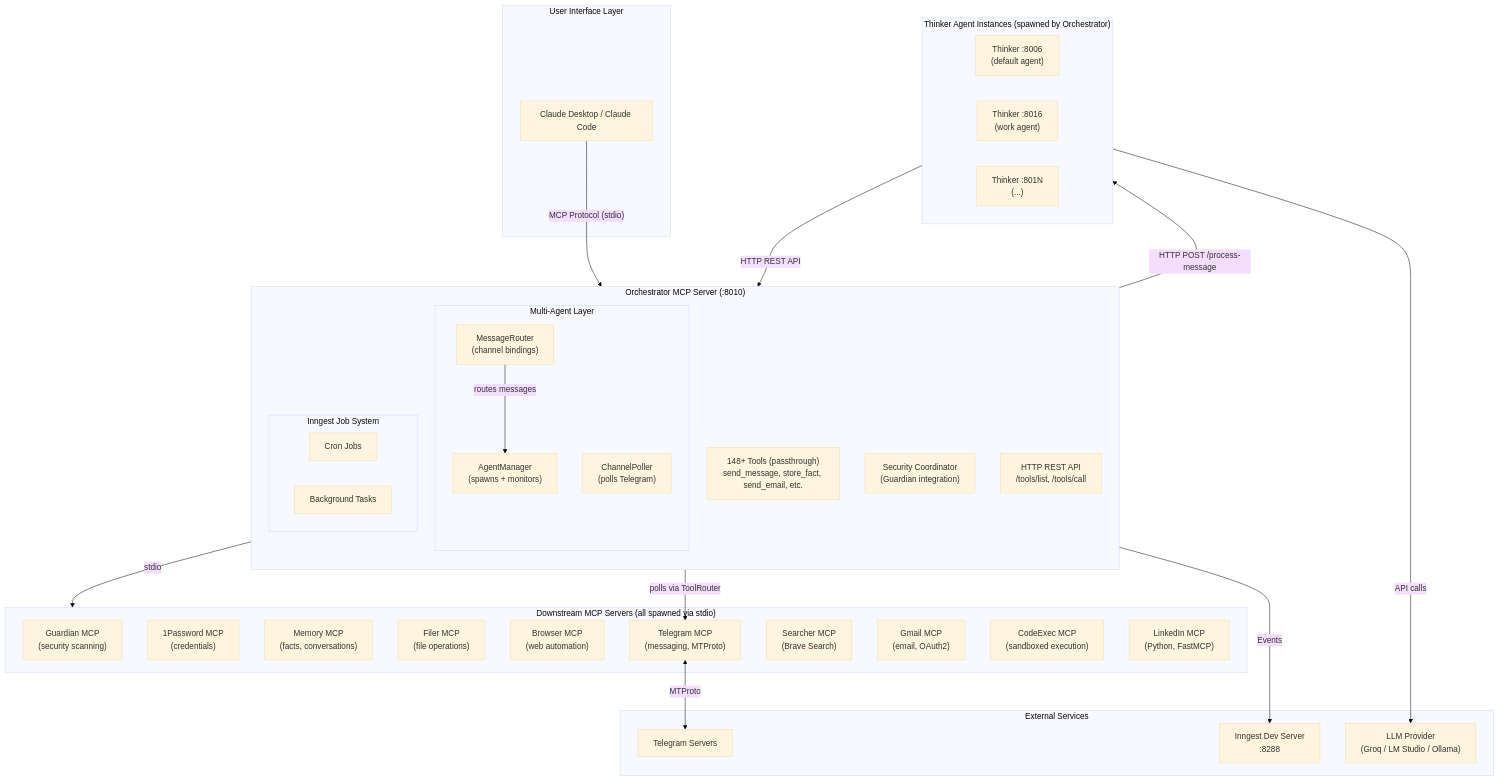
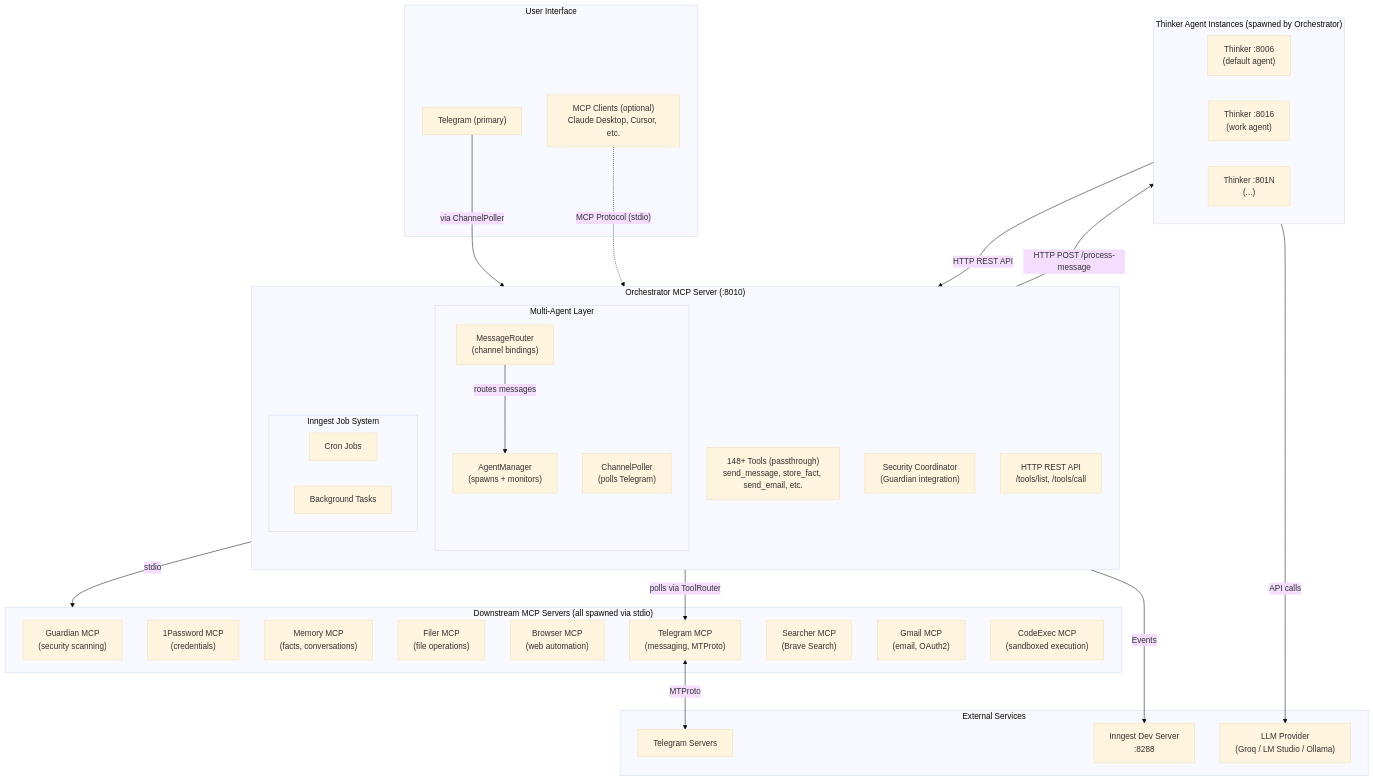
The first of 3 diagrams in README.md (cwikio/Hexa-Puffs), drawn with Mermaid (base theme) before and after one commit. The commit also changed other lines of this file and 14 other files, not shown here.

````diff
--- a/README.md
+++ b/README.md
@@ -53,58 +54,59 @@
 ```mermaid
 flowchart TB
-    subgraph UI["User Interface Layer"]
-        Claude["Claude Desktop / Claude Code"]
+    subgraph UI["User Interface"]
+        Telegram_UI["Telegram (primary)"]
+        MCPClients["MCP Clients (optional)<br/>Claude Desktop, Cursor, etc."]
     end
 
     subgraph Orchestrator["Orchestrator MCP Server (:8010)"]
         direction TB
         Tools["148+ Tools (passthrough)<br/>send_message, store_fact, send_email, etc."]
         Security["Security Coordinator<br/>(Guardian integration)"]
         HTTPAPI["HTTP REST API<br/>/tools/list, /tools/call"]
         subgraph MultiAgent["Multi-Agent Layer"]
             ChannelPoller["ChannelPoller<br/>(polls Telegram)"]
             MsgRouter["MessageRouter<br/>(channel bindings)"]
             AgentMgr["AgentManager<br/>(spawns + monitors)"]
         end
         subgraph Jobs["Inngest Job System"]
             Cron["Cron Jobs"]
             Background["Background Tasks"]
         end
     end
 
     subgraph Agents["Thinker Agent Instances (spawned by Orchestrator)"]
         Agent1["Thinker :8006<br/>(default agent)"]
         Agent2["Thinker :8016<br/>(work agent)"]
         AgentN["Thinker :801N<br/>(...)"]
     end
 
     subgraph MCPs["Downstream MCP Servers (all spawned via stdio)"]
         Guardian["Guardian MCP<br/>(security scanning)"]
         OnePass["1Password MCP<br/>(credentials)"]
         Memory["Memory MCP<br/>(facts, conversations)"]
         Filer["Filer MCP<br/>(file operations)"]
         Browser["Browser MCP<br/>(web automation)"]
         Telegram["Telegram MCP<br/>(messaging, MTProto)"]
         Searcher["Searcher MCP<br/>(Brave Search)"]
         Gmail["Gmail MCP<br/>(email, OAuth2)"]
         CodeExec["CodeExec MCP<br/>(sandboxed execution)"]
-        LinkedIn["LinkedIn MCP<br/>(Python, FastMCP)"]
     end
 
     subgraph External["External Services"]
         TelegramAPI["Telegram Servers"]
         InngestDev["Inngest Dev Server<br/>:8288"]
         LLM["LLM Provider<br/>(Groq / LM Studio / Ollama)"]
     end
 
-    Claude -->|"MCP Protocol (stdio)"| Orchestrator
+    Telegram_UI -->|"via ChannelPoller"| Orchestrator
+    MCPClients -.->|"MCP Protocol (stdio)"| Orchestrator
     ChannelPoller -->|"polls via ToolRouter"| Telegram
     MsgRouter -->|"routes messages"| AgentMgr
     AgentMgr -->|"HTTP POST /process-message"| Agents
     Agents -->|"HTTP REST API"| HTTPAPI
     Agents -->|"API calls"| LLM
     Orchestrator -->|stdio| MCPs
     Jobs -->|Events| InngestDev
 
     Telegram <-->|MTProto| TelegramAPI
 ```
````
